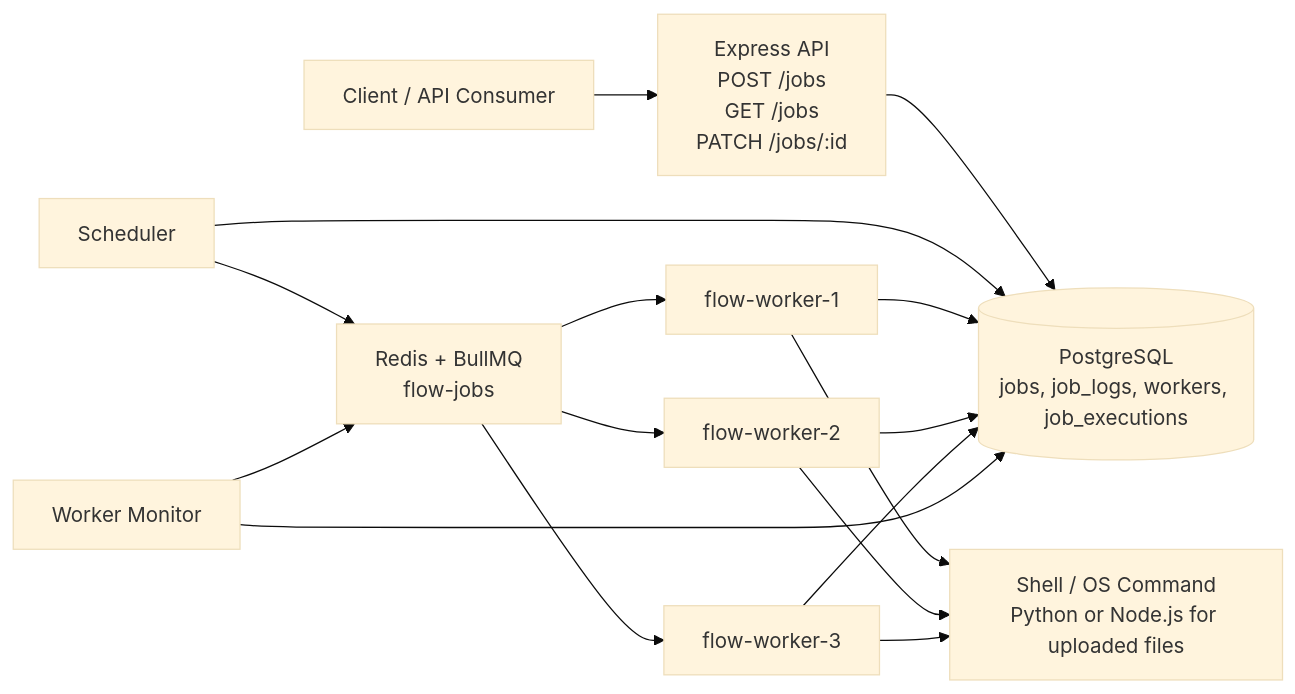
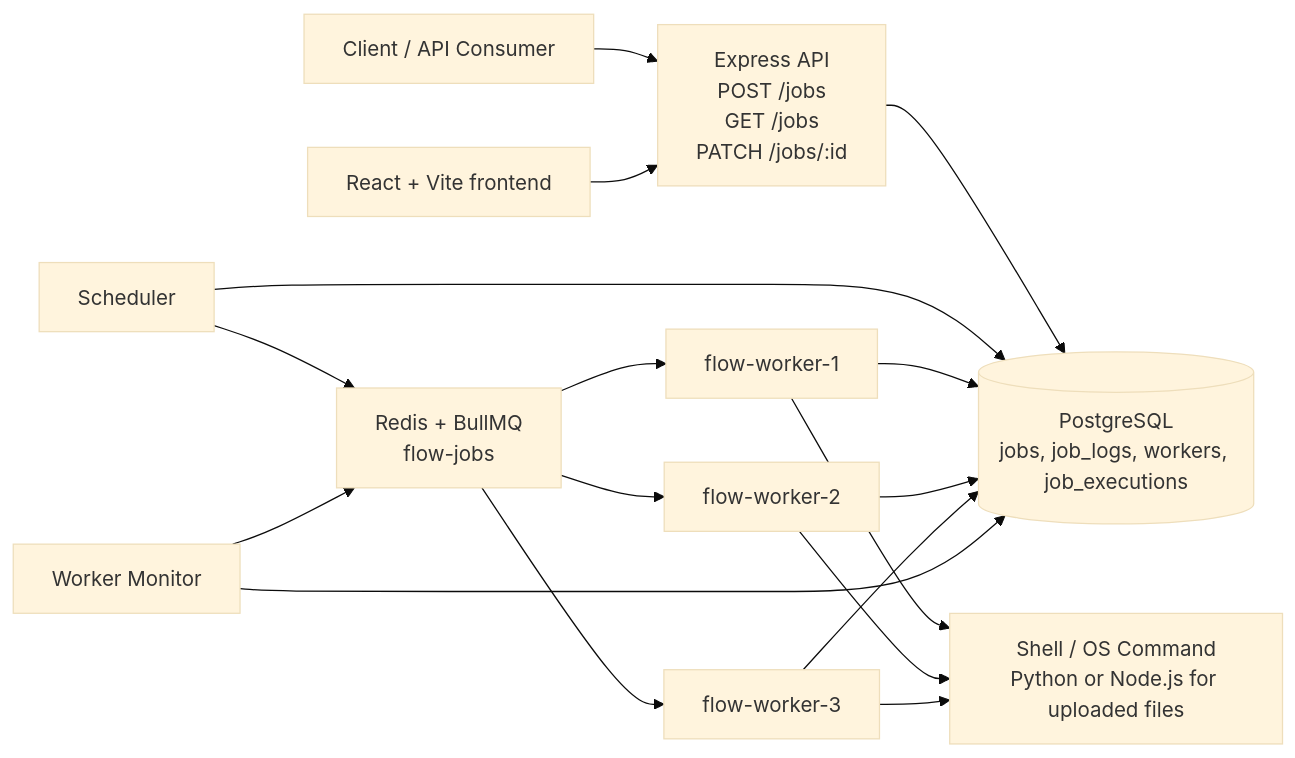
One commit to kanupriya-sharma19/FLOW changed the first of 6 diagrams in README.md. Above: the diagram before and after it, drawn with Mermaid (base theme). The commit also changed other lines of this file and 12 other files, not shown here.

````diff
--- a/README.md
+++ b/README.md
@@ -43,18 +46,19 @@
 ```mermaid
 flowchart LR
     Client[Client / API Consumer] --> API[Express API\nPOST /jobs\nGET /jobs\nPATCH /jobs/:id]
+    Browser[React + Vite frontend] --> API
     API --> PG[(PostgreSQL\njobs, job_logs, workers, job_executions)]
     Scheduler --> PG
     Scheduler --> Queue[Redis + BullMQ\nflow-jobs]
     Queue --> Worker1[flow-worker-1]
     Queue --> Worker2[flow-worker-2]
     Queue --> Worker3[flow-worker-3]
     Worker1 --> OS[Shell / OS Command\nPython or Node.js for uploaded files]
     Worker2 --> OS
     Worker3 --> OS
     Worker1 --> PG
     Worker2 --> PG
     Worker3 --> PG
     Monitor[Worker Monitor] --> PG
     Monitor --> Queue
 ```
````
